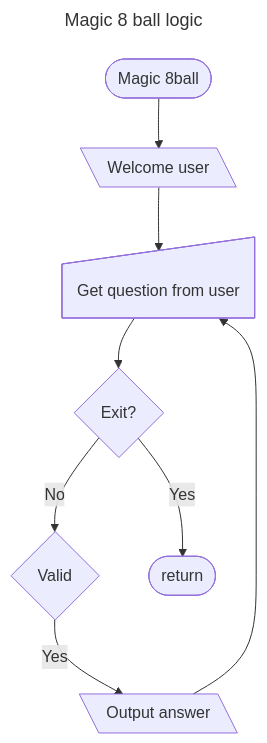
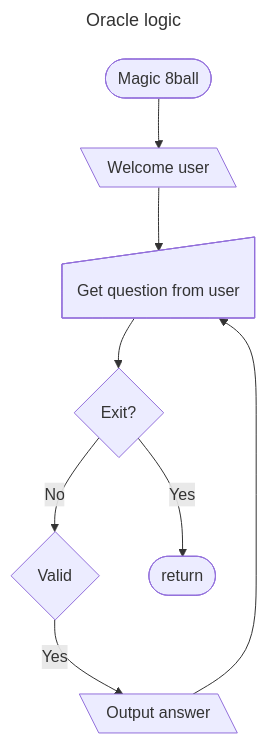
The diagram in app-logic.md (elbCHEM/magic8ball), drawn with Mermaid before and after one commit. The commit also changed 12 other files, not shown here.

````diff
--- a/app-logic.md
+++ b/app-logic.md
@@ -1,18 +1,18 @@
 ```mermaid
 ---
-title: Magic 8 ball logic
+title: Oracle logic
 ---
 flowchart TD
     A@{shape: stadium, label: "Magic 8ball"}
     B@{shape: lean-l, label: Welcome user}
     C@{shape: sl-rect, label: Get question from user}
     D@{shape: diamond, label: Exit?}
     E@{shape: diamond, label: Valid}
     F@{shape: lean-l, label: Output answer}
     Å@{shape: stadium, label: return}
 
 
     A --> B --> C --> D
     D -- No --> E -- Yes --> F --> C
     D -- Yes --> Å
 ```
````
